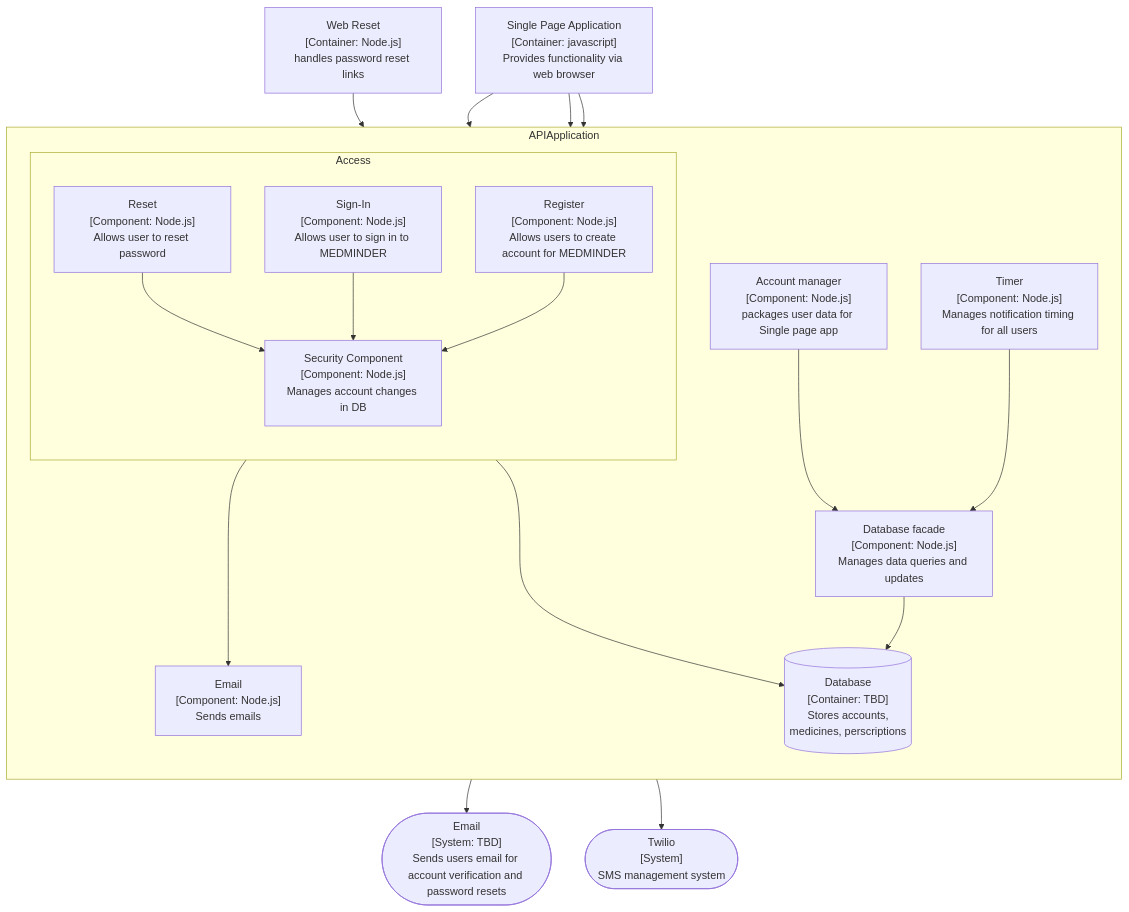
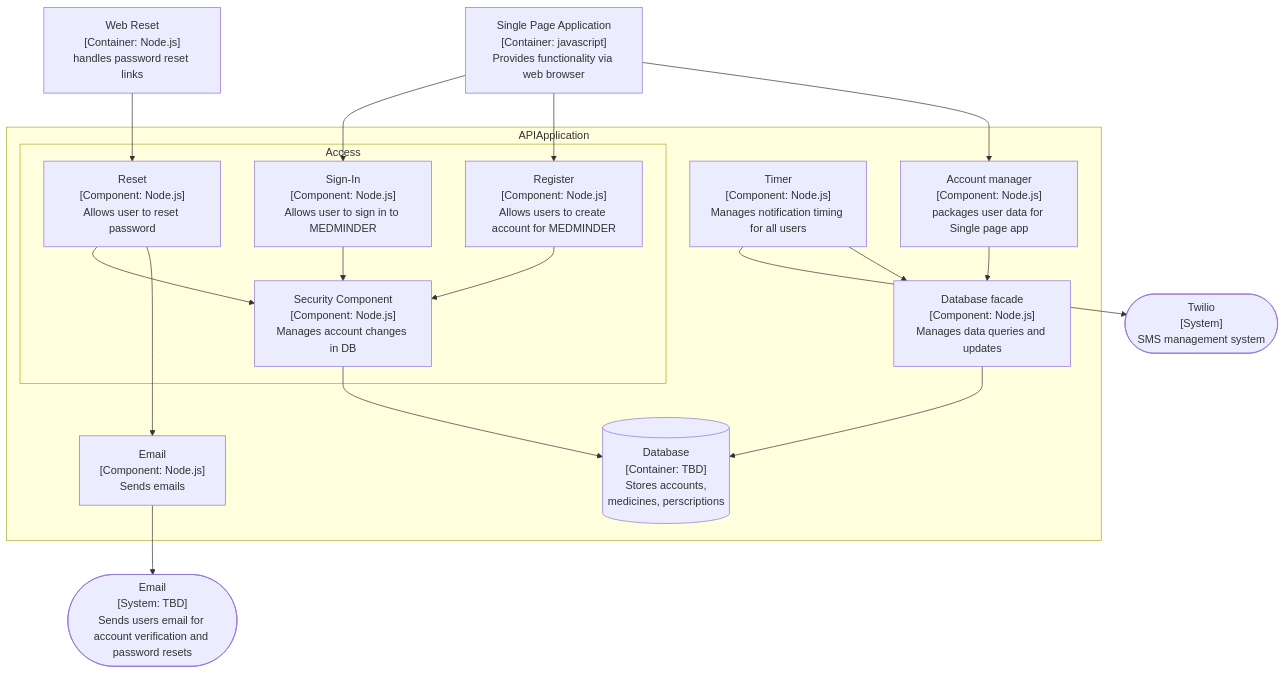
One commit to nop0x0f/COSC412_team1 changed the fifth of 7 diagrams in design/C4diagrams.md. Above: the diagram before and after it, drawn with Mermaid. The commit also changed other lines of this file, not shown here.

First line of the commit message:
Update C4diagrams.md

````diff
--- a/design/C4diagrams.md
+++ b/design/C4diagrams.md
@@ -107,36 +104,34 @@
 ```mermaid
 flowchart TB
 reset["Web Reset<br/>[Container: Node.js]<br/>handles password reset links"]
 Email(["Email<br/>[System: TBD]<br/>Sends users email for account verification and password resets"])
 Twilio(["Twilio<br/>[System]<br/>SMS management system"])
 single["Single Page Application<br/>[Container: javascript]<br/>Provides functionality via web browser"]
 db[("Database<br/>[Container: TBD]<br/>Stores accounts,<br/>medicines, perscriptions")]
   subgraph APIApplication
-	direction TB
 	Time["Timer<br/>[Component: Node.js]<br/>Manages notification timing for all users"]
 	Account["Account manager<br/>[Component: Node.js]<br/>packages user data for Single page app"]
 	Dbfacade["Database facade<br/>[Component: Node.js]<br/>Manages data queries and updates"]
 	subgraph Access
-		direction TB
 		Signin["Sign-In<br/>[Component: Node.js]<br/>Allows user to sign in to MEDMINDER"]
 		Signup["Register<br/>[Component: Node.js]<br/>Allows users to create account for MEDMINDER"]
 		Reset["Reset<br/>[Component: Node.js]<br/>Allows user to reset password"]
 		Security["Security Component<br/>[Component: Node.js]<br/>Manages account changes in DB"]
 		Reset --> Security
 		Signin --> Security
 		Signup --> Security
 	end
 	mail["Email<br/>[Component: Node.js]<br/>Sends emails"]
 	Reset ---> mail
 	Account --> Dbfacade
 	Security --> db
 	Dbfacade --> db
   end
 mail --> Email
 Time --> Twilio
 Time --> Dbfacade
 single --> Signin
 reset --> Reset
 single --> Signup
 single --> Account
 ```
````
